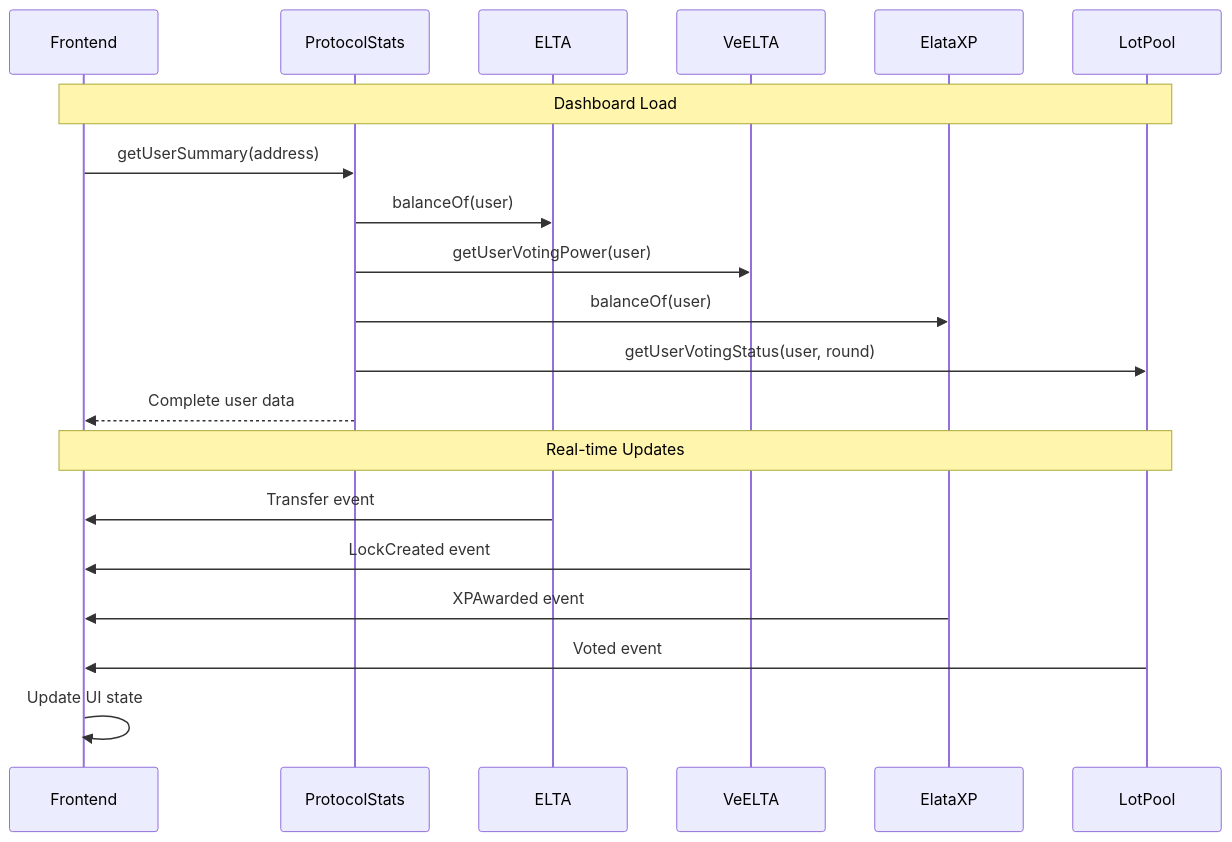
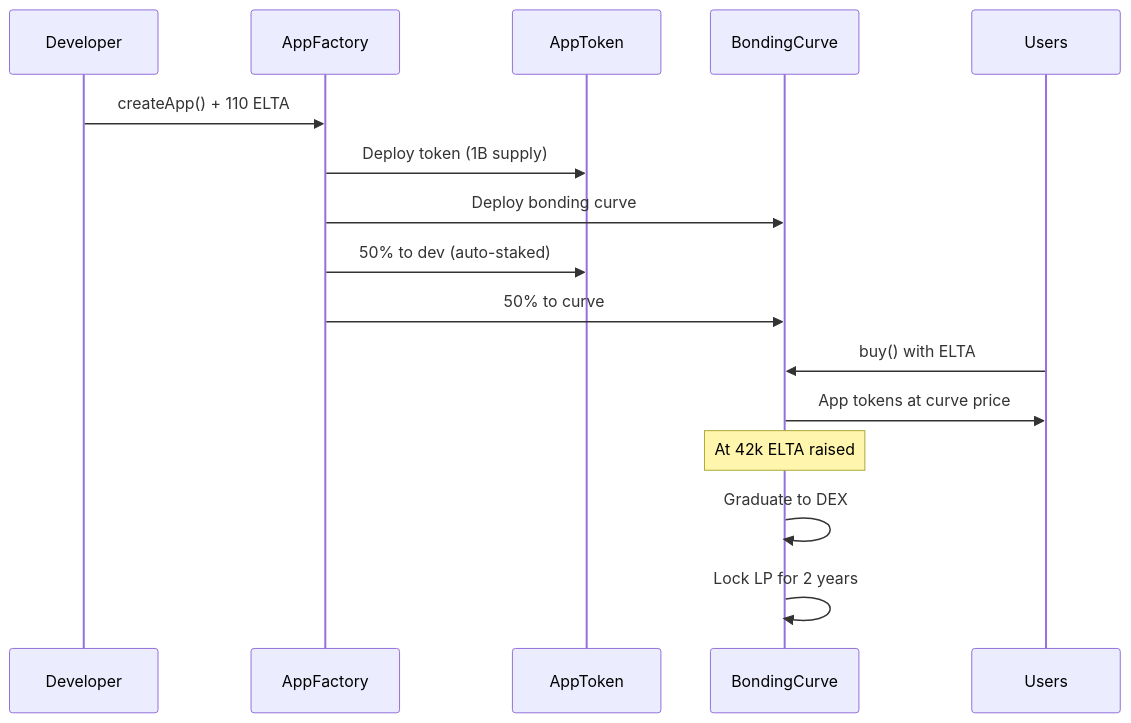
Before and after one commit to Elata-Biosciences/elata-protocol: the second of 3 diagrams in docs/ARCHITECTURE.md, drawn with Mermaid. The commit also changed other lines of this file and 11 other files, not shown here.

````diff
--- a/docs/ARCHITECTURE.md
+++ b/docs/ARCHITECTURE.md
@@ -283,25 +175,21 @@
 ```mermaid
 sequenceDiagram
-    participant Frontend
-    participant ProtocolStats
-    participant ELTA
-    participant VeELTA
-    participant ElataXP
-    participant LotPool
+    participant Dev as Developer
+    participant Factory as AppFactory
+    participant Token as AppToken
+    participant Curve as BondingCurve
+    participant Users
     
-    Note over Frontend, LotPool: Dashboard Load
-    Frontend->>ProtocolStats: getUserSummary(address)
-    ProtocolStats->>ELTA: balanceOf(user)
-    ProtocolStats->>VeELTA: getUserVotingPower(user)
-    ProtocolStats->>ElataXP: balanceOf(user)
-    ProtocolStats->>LotPool: getUserVotingStatus(user, round)
-    ProtocolStats-->>Frontend: Complete user data
+    Dev->>Factory: createApp() + 110 ELTA
+    Factory->>Token: Deploy token (1B supply)
+    Factory->>Curve: Deploy bonding curve
+    Factory->>Token: 50% to dev (auto-staked)
+    Factory->>Curve: 50% to curve
     
-    Note over Frontend, LotPool: Real-time Updates
-    ELTA->>Frontend: Transfer event
-    VeELTA->>Frontend: LockCreated event
-    ElataXP->>Frontend: XPAwarded event
-    LotPool->>Frontend: Voted event
+    Users->>Curve: buy() with ELTA
+    Curve->>Users: App tokens at curve price
     
-    Frontend->>Frontend: Update UI state
+    Note over Curve: At 42k ELTA raised
+    Curve->>Curve: Graduate to DEX
+    Curve->>Curve: Lock LP for 2 years
 ```
````
